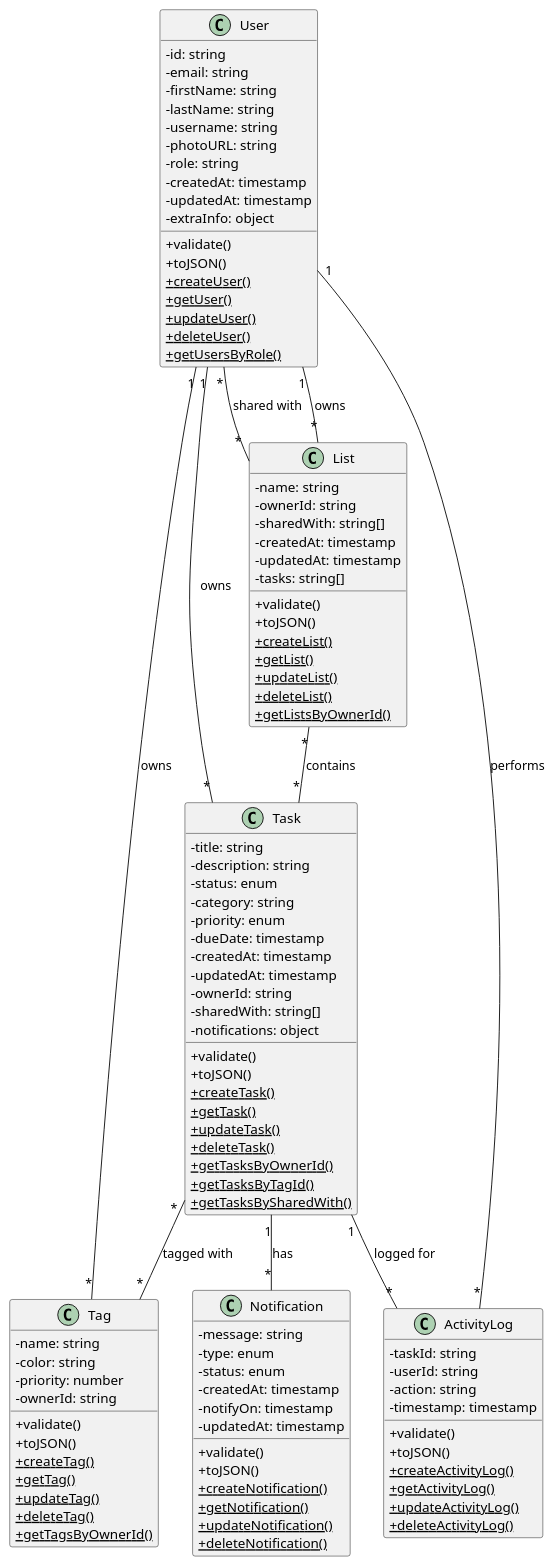
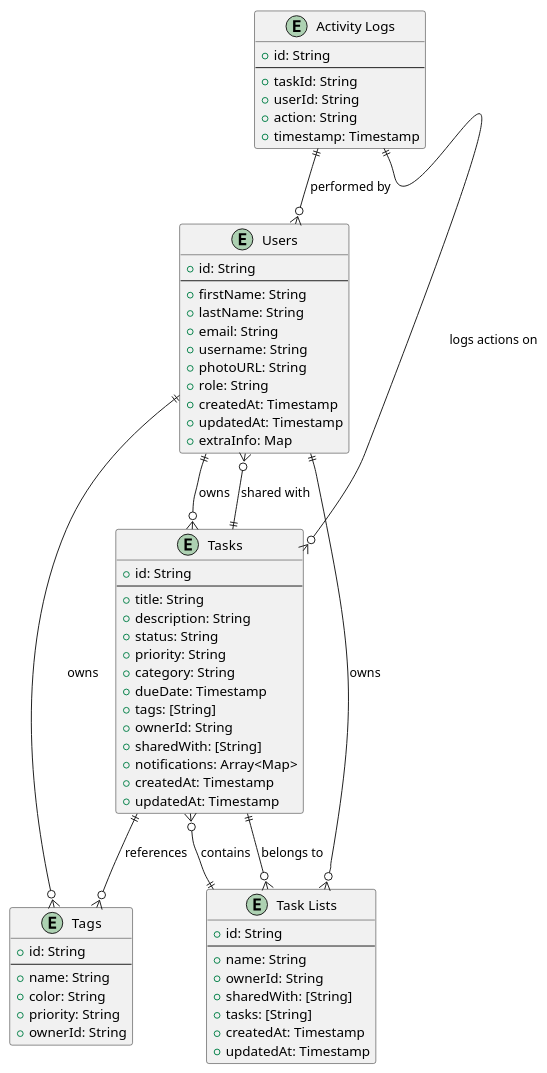
One commit to Mirasashk/taskiah changed the diagram in backend/functions/diagrams/DBStructure.puml. Above: the diagram before and after it, drawn with PlantUML. The commit also changed 10 other files, not shown here.

```diff
--- a/backend/functions/diagrams/DBStructure.puml
+++ b/backend/functions/diagrams/DBStructure.puml
@@ -1,119 +1,75 @@
-@startuml Database Structure
+@startuml
 
-skinparam classAttributeIconSize 0
-
-class User {
-  -id: string
-  -email: string
-  -firstName: string
-  -lastName: string
-  -username: string
-  -photoURL: string
-  -role: string
-  -createdAt: timestamp
-  -updatedAt: timestamp
-  -extraInfo: object
-  +validate()
-  +toJSON()
-  +{static} createUser()
-  +{static} getUser()
-  +{static} updateUser()
-  +{static} deleteUser()
-  +{static} getUsersByRole()
+' Entity Definitions
+entity "Users" as Users {
+  + id: String
+  --
+  + firstName: String
+  + lastName: String
+  + email: String
+  + username: String
+  + photoURL: String
+  + role: String
+  + createdAt: Timestamp
+  + updatedAt: Timestamp
+  + extraInfo: Map
 }
 
-class Task {
-  -title: string
-  -description: string
-  -status: enum
-  -category: string
-  -priority: enum
-  -dueDate: timestamp
-  -createdAt: timestamp
-  -updatedAt: timestamp
-  -ownerId: string
-  -sharedWith: string[]
-  -notifications: object
-  +validate()
-  +toJSON()
-  +{static} createTask()
-  +{static} getTask()
-  +{static} updateTask()
-  +{static} deleteTask()
-  +{static} getTasksByOwnerId()
-  +{static} getTasksByTagId()
-  +{static} getTasksBySharedWith()
+entity "Tasks" as Tasks {
+  + id: String
+  --
+  + title: String
+  + description: String
+  + status: String
+  + priority: String
+  + category: String
+  + dueDate: Timestamp
+  + tags: [String]
+  + ownerId: String
+  + sharedWith: [String]
+  + notifications: Array<Map>
+  + createdAt: Timestamp
+  + updatedAt: Timestamp
 }
 
-class List {
-  -name: string
-  -ownerId: string
-  -sharedWith: string[]
-  -createdAt: timestamp
-  -updatedAt: timestamp
-  -tasks: string[]
-  +validate()
-  +toJSON()
-  +{static} createList()
-  +{static} getList()
-  +{static} updateList()
-  +{static} deleteList()
-  +{static} getListsByOwnerId()
+entity "Tags" as Tags {
+  + id: String
+  --
+  + name: String
+  + color: String
+  + priority: String
+  + ownerId: String
 }
 
-class Tag {
-  -name: string
-  -color: string
-  -priority: number
-  -ownerId: string
-  +validate()
-  +toJSON()
-  +{static} createTag()
-  +{static} getTag()
-  +{static} updateTag()
-  +{static} deleteTag()
-  +{static} getTagsByOwnerId()
+entity "Task Lists" as TaskLists {
+  + id: String
+  --
+  + name: String
+  + ownerId: String
+  + sharedWith: [String]
+  + tasks: [String]
+  + createdAt: Timestamp
+  + updatedAt: Timestamp
 }
 
-class Notification {
-  -message: string
-  -type: enum
-  -status: enum
-  -createdAt: timestamp
-  -notifyOn: timestamp
-  -updatedAt: timestamp
-  +validate()
-  +toJSON()
-  +{static} createNotification()
-  +{static} getNotification()
-  +{static} updateNotification()
-  +{static} deleteNotification()
-}
-
-class ActivityLog {
-  -taskId: string
-  -userId: string
-  -action: string
-  -timestamp: timestamp
-  +validate()
-  +toJSON()
-  +{static} createActivityLog()
-  +{static} getActivityLog()
-  +{static} updateActivityLog()
-  +{static} deleteActivityLog()
+entity "Activity Logs" as ActivityLogs {
+  + id: String
+  --
+  + taskId: String
+  + userId: String
+  + action: String
+  + timestamp: Timestamp
 }
 
 ' Relationships
-User "1" -- "*" Task : owns
-User "1" -- "*" List : owns
-User "1" -- "*" Tag : owns
-User "1" -- "*" ActivityLog : performs
-
-Task "*" -- "*" Tag : tagged with
-Task "1" -- "*" Notification : has
-Task "1" -- "*" ActivityLog : logged for
-
-List "*" -- "*" Task : contains
-List "*" -- "*" User : shared with
+Users ||--o{ Tasks : "owns"
+Users ||--o{ Tags : "owns"
+Users ||--o{ TaskLists : "owns"
+Tasks ||--o{ Tags : "references"
+Tasks ||--o{ TaskLists : "belongs to"
+Tasks ||--o{ Users : "shared with"
+TaskLists ||--o{ Tasks : "contains"
+ActivityLogs ||--o{ Tasks : "logs actions on"
+ActivityLogs ||--o{ Users : "performed by"
 
 @enduml
```
